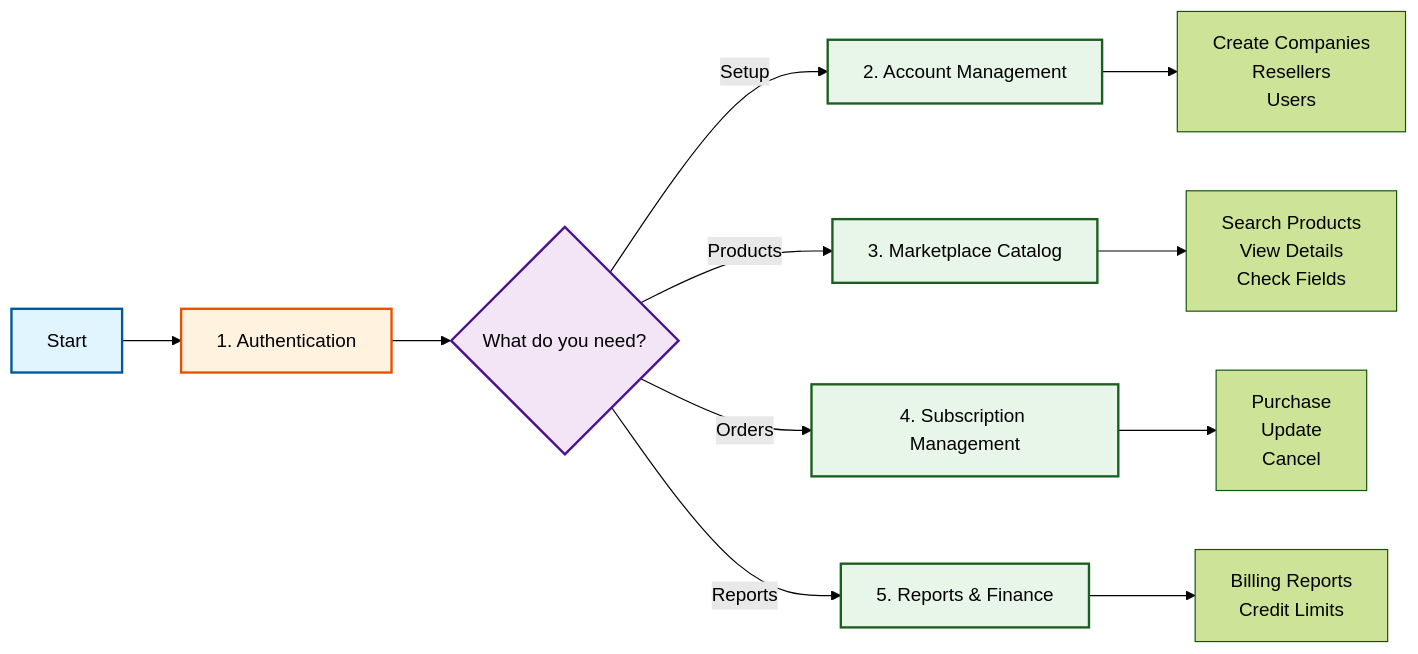
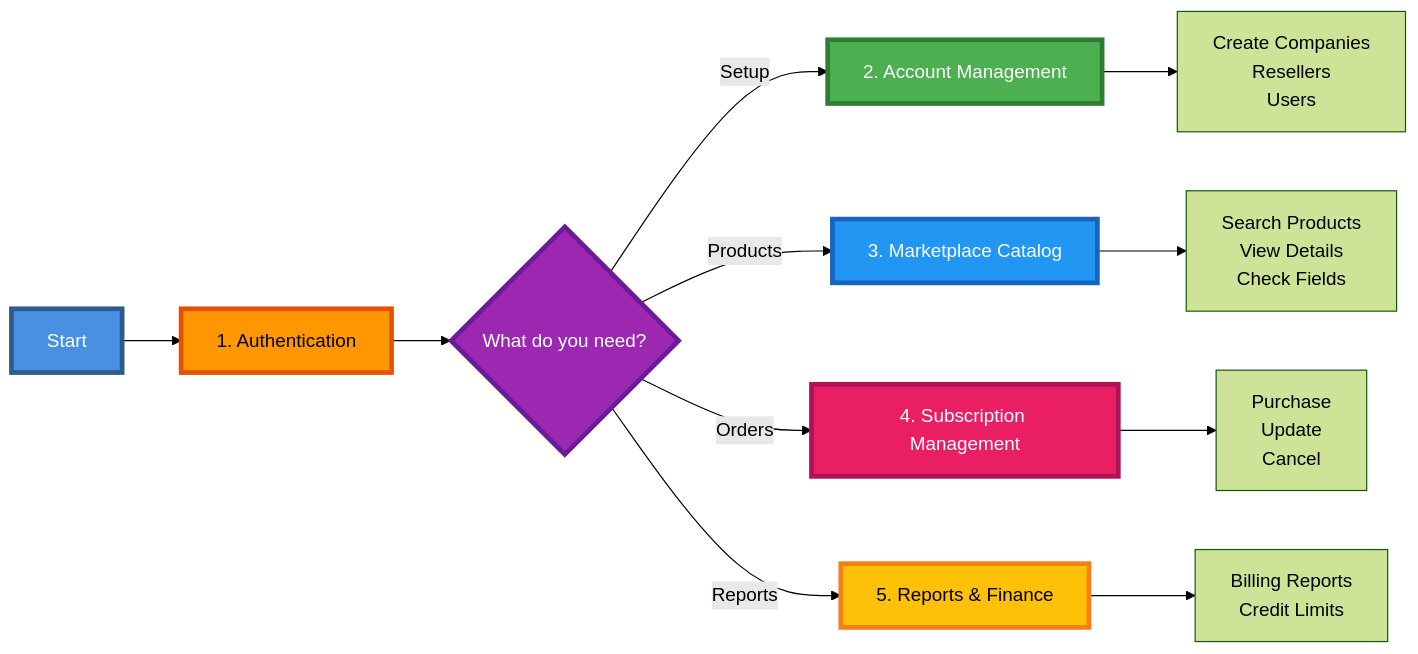
The diagram in Also/DOC/workflows/0_Index.md (ZELA2000/Also-TDSynnex-Trend), drawn with Mermaid (forest theme) before and after one commit. The commit also changed 11 other files, not shown here.

Commit message:
style: Update diagram styles across documentation for improved clarity and consistency

````diff
--- a/Also/DOC/workflows/0_Index.md
+++ b/Also/DOC/workflows/0_Index.md
@@ -7,23 +7,23 @@
 ```mermaid
 graph LR
     A[Start] --> B[1. Authentication]
     B --> C{What do you need?}
     
     C -->|Setup| D[2. Account Management]
     C -->|Products| E[3. Marketplace Catalog]
     C -->|Orders| F[4. Subscription Management]
     C -->|Reports| G[5. Reports & Finance]
     
     D --> H[Create Companies<br/>Resellers<br/>Users]
     E --> I[Search Products<br/>View Details<br/>Check Fields]
     F --> J[Purchase<br/>Update<br/>Cancel]
     G --> K[Billing Reports<br/>Credit Limits]
     
-    style A fill:#e1f5ff,stroke:#01579b,stroke-width:2px
-    style B fill:#fff3e0,stroke:#e65100,stroke-width:2px
-    style C fill:#f3e5f5,stroke:#4a148c,stroke-width:2px
-    style D fill:#e8f5e9,stroke:#1b5e20,stroke-width:2px
-    style E fill:#e8f5e9,stroke:#1b5e20,stroke-width:2px
-    style F fill:#e8f5e9,stroke:#1b5e20,stroke-width:2px
-    style G fill:#e8f5e9,stroke:#1b5e20,stroke-width:2px
+    style A fill:#4A90E2,stroke:#2E5C8A,stroke-width:4px,color:#fff
+    style B fill:#FF9800,stroke:#E65100,stroke-width:4px,color:#000
+    style C fill:#9C27B0,stroke:#6A1B9A,stroke-width:4px,color:#fff
+    style D fill:#4CAF50,stroke:#2E7D32,stroke-width:4px,color:#fff
+    style E fill:#2196F3,stroke:#1565C0,stroke-width:4px,color:#fff
+    style F fill:#E91E63,stroke:#AD1457,stroke-width:4px,color:#fff
+    style G fill:#FFC107,stroke:#F57F17,stroke-width:4px,color:#000
 ```
````
